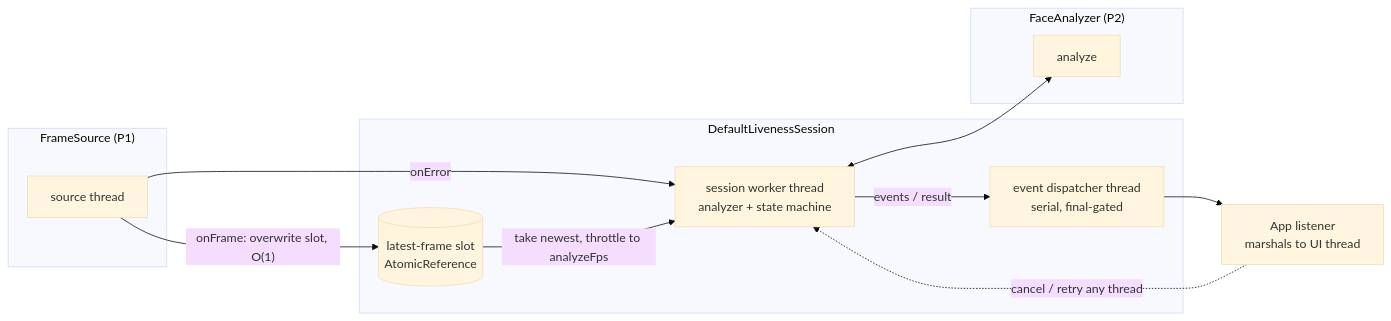
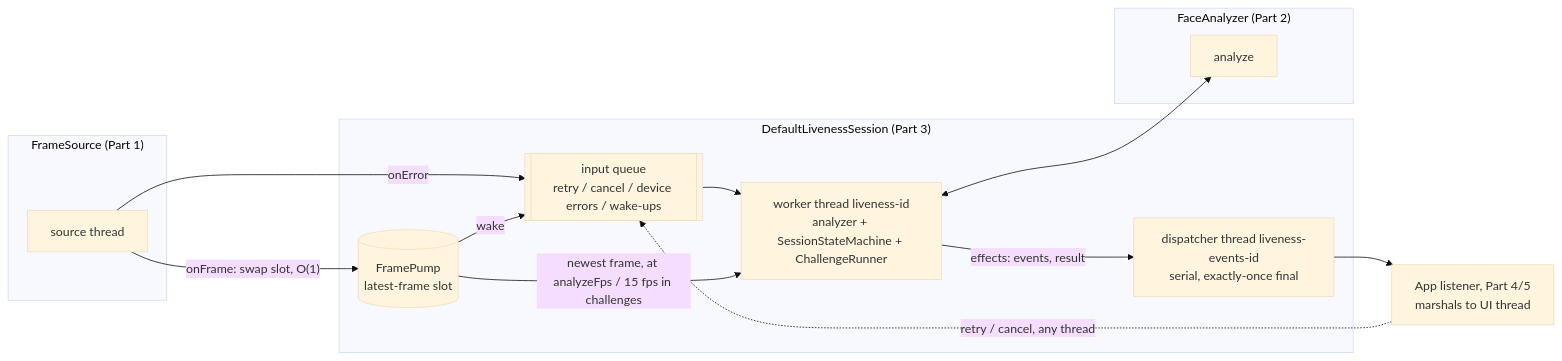
One commit to ChadDadChag/Mosip26 changed the first of 7 diagrams in docs/person3-design.md. Above: the diagram before and after it, drawn with Mermaid (base theme). The commit also changed other lines of this file and 2 other files, not shown here.

````diff
--- a/docs/person3-design.md
+++ b/docs/person3-design.md
@@ -55,22 +55,25 @@
 ```mermaid
 flowchart LR
-  subgraph P1["FrameSource (P1)"]
+  subgraph P1["FrameSource (Part 1)"]
     SRC[source thread]
   end
-  subgraph Session["DefaultLivenessSession"]
-    SLOT[(latest-frame slot<br/>AtomicReference)]
-    W[session worker thread<br/>analyzer + state machine]
-    D[event dispatcher thread<br/>serial, final-gated]
+  subgraph Session["DefaultLivenessSession (Part 3)"]
+    PUMP[(FramePump<br/>latest-frame slot)]
+    Q[[input queue<br/>retry / cancel / device errors / wake-ups]]
+    W[worker thread liveness-id<br/>analyzer + SessionStateMachine + ChallengeRunner]
+    D[dispatcher thread liveness-events-id<br/>serial, exactly-once final]
   end
-  subgraph P2["FaceAnalyzer (P2)"]
+  subgraph P2["FaceAnalyzer (Part 2)"]
     FA[analyze]
   end
-  APP[App listener<br/>marshals to UI thread]
-  SRC -- onFrame: overwrite slot, O(1) --> SLOT
-  SRC -- onError --> W
-  SLOT -- take newest, throttle to analyzeFps --> W
+  APP[App listener, Part 4/5<br/>marshals to UI thread]
+  SRC -- onFrame: swap slot, O(1) --> PUMP
+  SRC -- onError --> Q
+  PUMP -- wake --> Q
+  Q --> W
+  PUMP -- newest frame, at analyzeFps / 15 fps in challenges --> W
   W <--> FA
-  W -- events / result --> D
+  W -- effects: events, result --> D
   D --> APP
-  APP -. cancel / retry any thread .-> W
+  APP -. retry / cancel, any thread .-> Q
 ```
````
